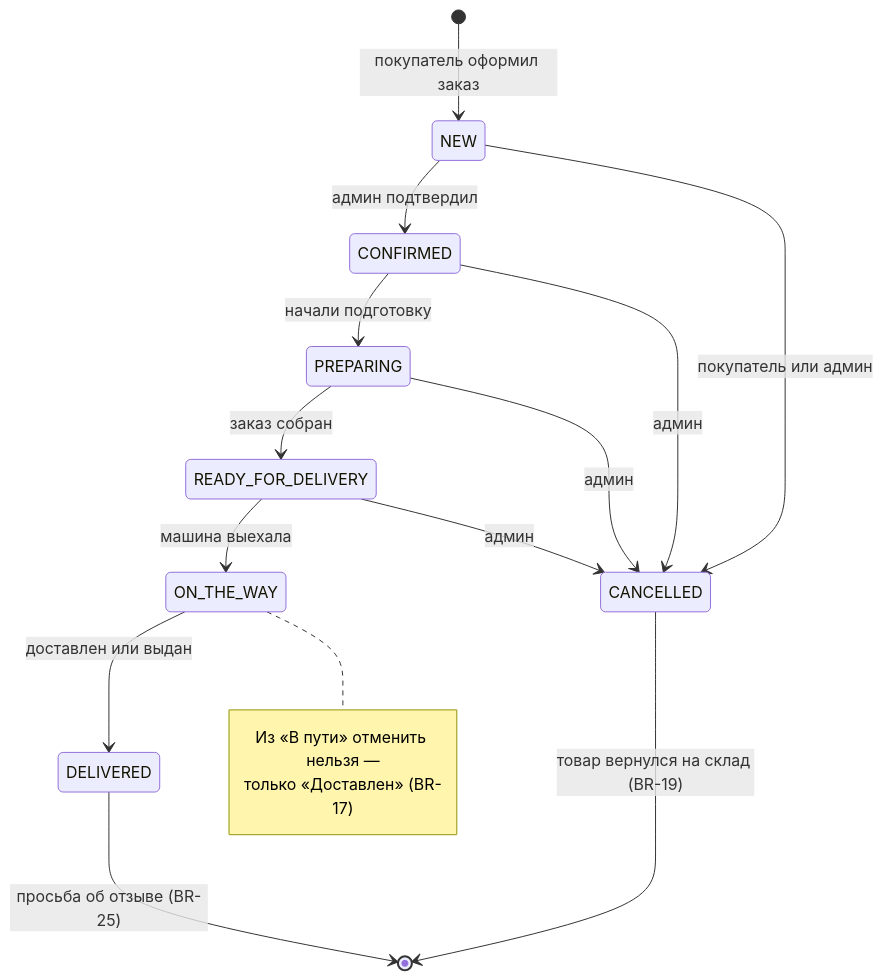
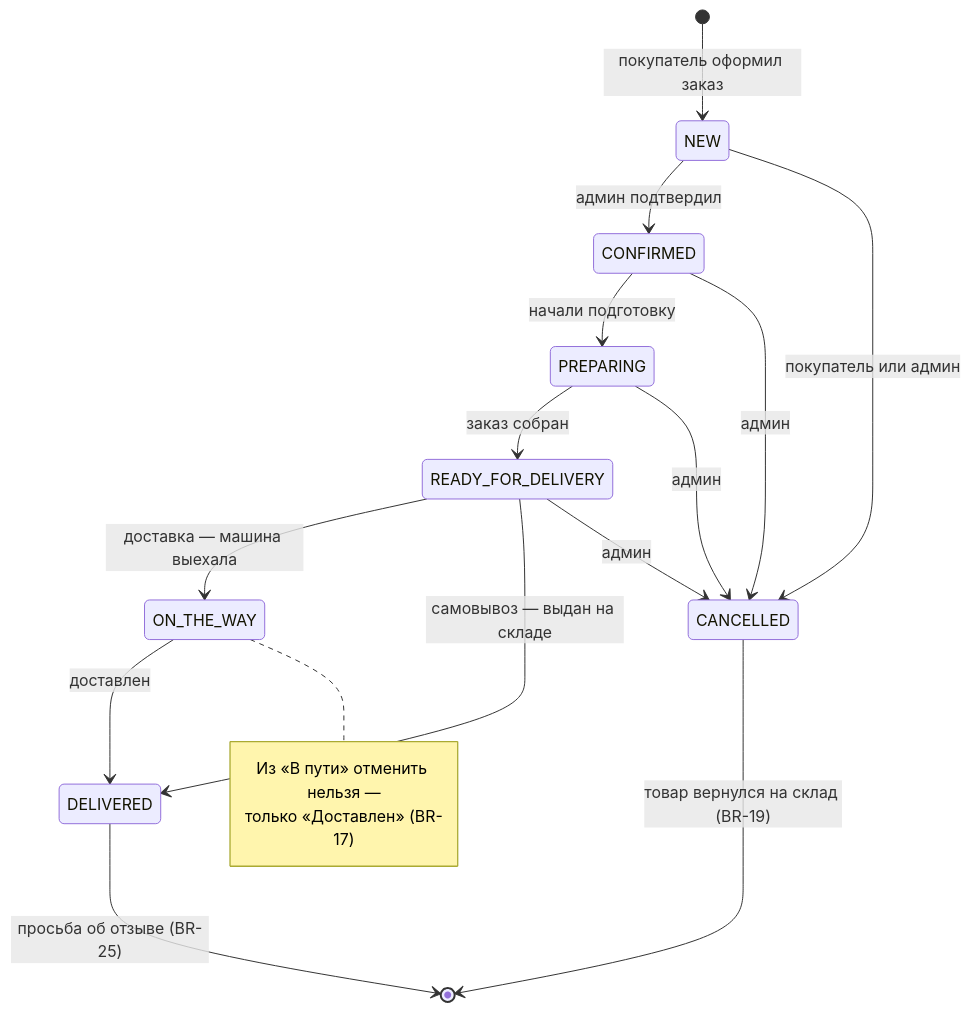
One commit to haz2007/-Builder-s-Friend- changed the third of 9 diagrams in docs/diagrams.md. Above: the diagram before and after it, drawn with Mermaid. The commit also changed 43 other files, not shown here.

First line of the commit message:
Add pickup flow, activity log, privacy consent and link preview

````diff
--- a/docs/diagrams.md
+++ b/docs/diagrams.md
@@ -142,22 +142,23 @@
 ```mermaid
 stateDiagram-v2
     [*] --> NEW: покупатель оформил заказ
     NEW --> CONFIRMED: админ подтвердил
     CONFIRMED --> PREPARING: начали подготовку
     PREPARING --> READY_FOR_DELIVERY: заказ собран
-    READY_FOR_DELIVERY --> ON_THE_WAY: машина выехала
-    ON_THE_WAY --> DELIVERED: доставлен или выдан
+    READY_FOR_DELIVERY --> ON_THE_WAY: доставка — машина выехала
+    ON_THE_WAY --> DELIVERED: доставлен
+    READY_FOR_DELIVERY --> DELIVERED: самовывоз — выдан на складе
 
     NEW --> CANCELLED: покупатель или админ
     CONFIRMED --> CANCELLED: админ
     PREPARING --> CANCELLED: админ
     READY_FOR_DELIVERY --> CANCELLED: админ
 
     DELIVERED --> [*]: просьба об отзыве (BR-25)
     CANCELLED --> [*]: товар вернулся на склад (BR-19)
 
     note right of ON_THE_WAY
         Из «В пути» отменить нельзя —
         только «Доставлен» (BR-17)
     end note
 ```
````
